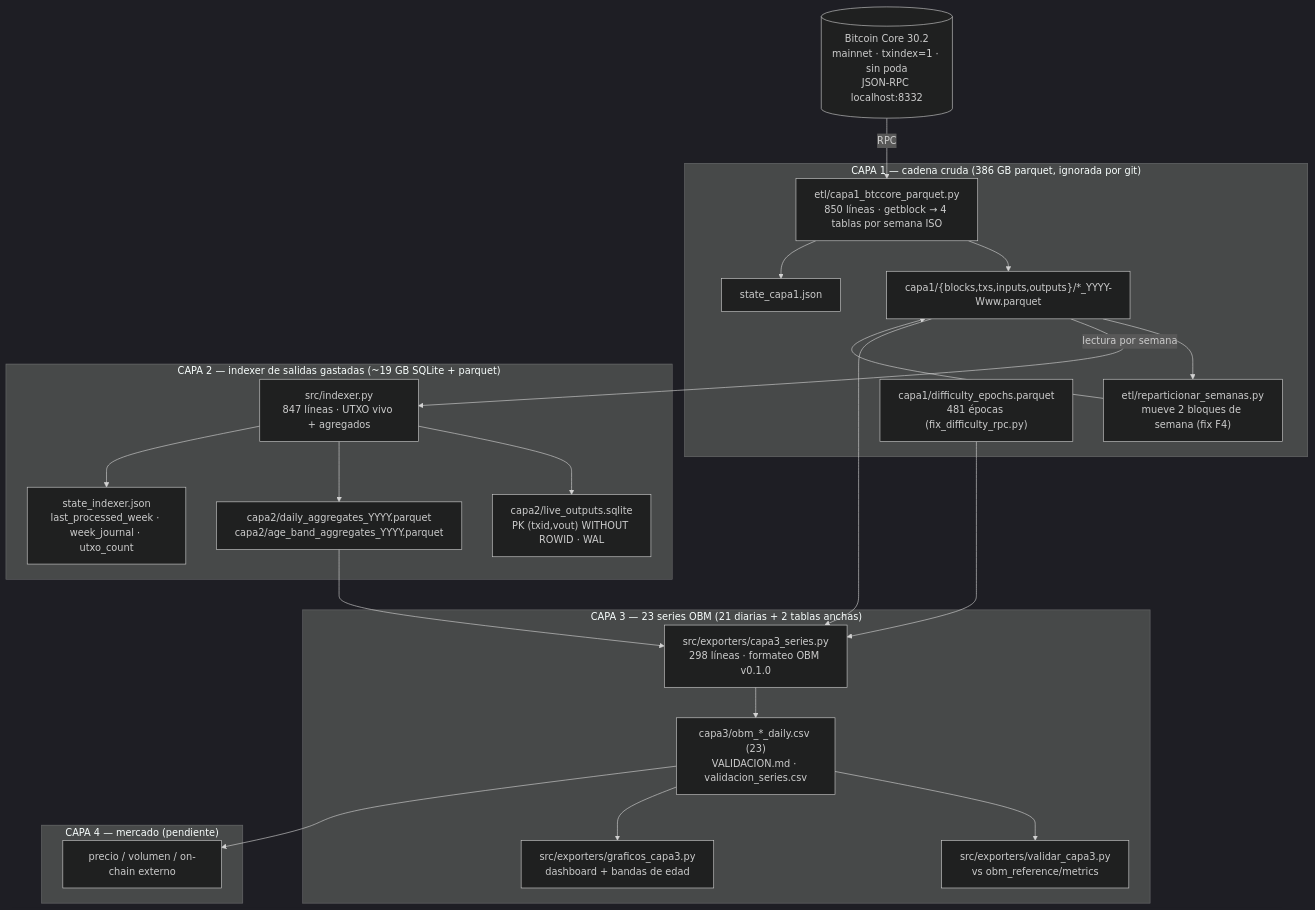
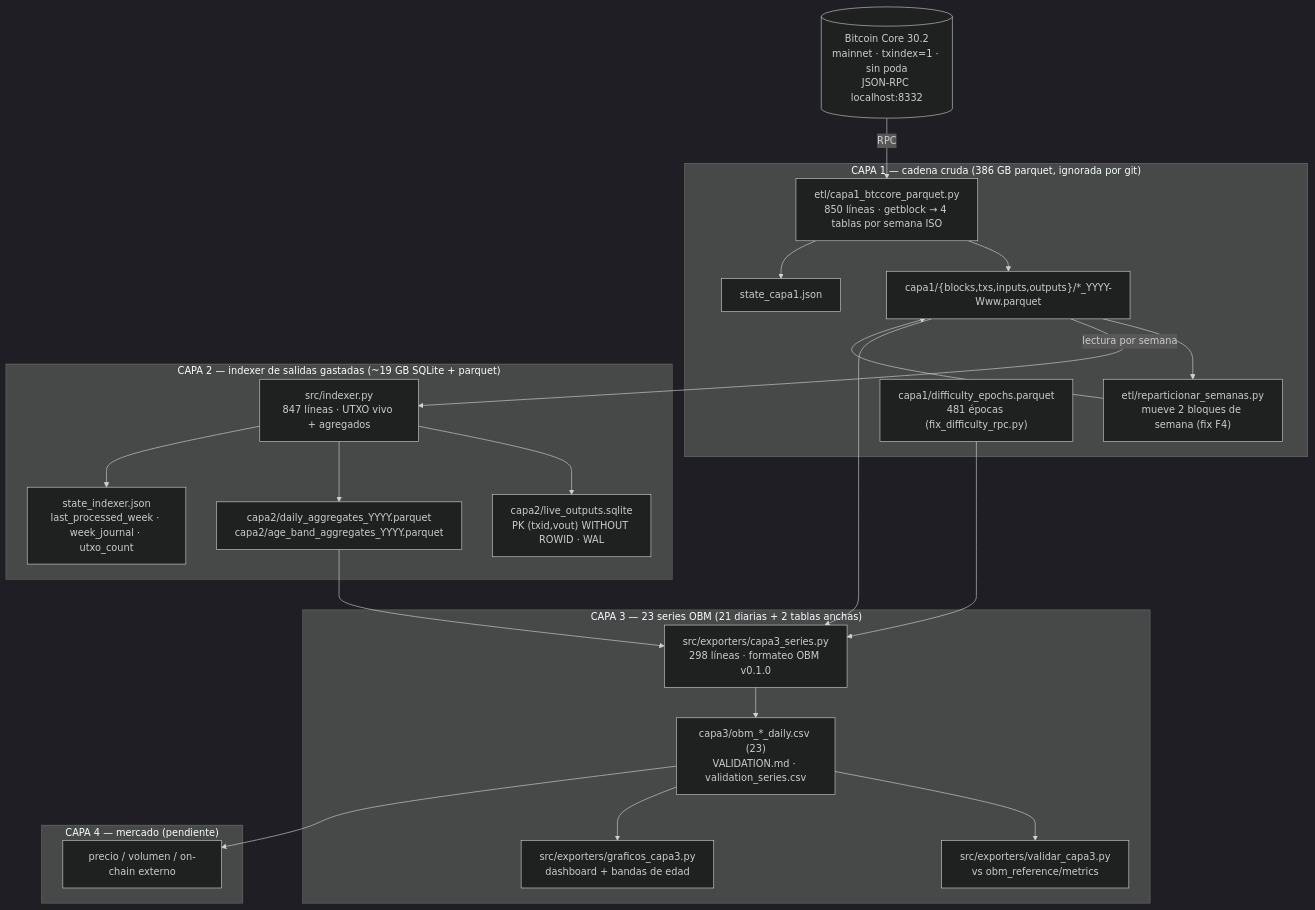
The diagram in docs/MAPA_CODIGO.md (byron92m-stack/full_bitcoin_node), drawn with Mermaid (dark theme) before and after one commit. The commit also changed other lines of this file and 24 other files, not shown here.

````diff
--- a/docs/MAPA_CODIGO.md
+++ b/docs/MAPA_CODIGO.md
@@ -10,46 +10,46 @@
 ```mermaid
 flowchart TD
     NODE[("Bitcoin Core 30.2<br/>mainnet · txindex=1 · sin poda<br/>JSON-RPC localhost:8332")]
 
     subgraph L1["CAPA 1 — cadena cruda (386 GB parquet, ignorada por git)"]
         ETL["etl/capa1_btccore_parquet.py<br/>850 líneas · getblock → 4 tablas por semana ISO"]
         REPART["etl/reparticionar_semanas.py<br/>mueve 2 bloques de semana (fix F4)"]
         C1D["capa1/{blocks,txs,inputs,outputs}/*_YYYY-Www.parquet"]
         C1E["capa1/difficulty_epochs.parquet<br/>481 épocas (fix_difficulty_rpc.py)"]
         ST1["state_capa1.json"]
     end
 
     subgraph L2["CAPA 2 — indexer de salidas gastadas (~19 GB SQLite + parquet)"]
         IDX["src/indexer.py<br/>847 líneas · UTXO vivo + agregados"]
         DB["capa2/live_outputs.sqlite<br/>PK (txid,vout) WITHOUT ROWID · WAL"]
         AGG["capa2/daily_aggregates_YYYY.parquet<br/>capa2/age_band_aggregates_YYYY.parquet"]
         ST2["state_indexer.json<br/>last_processed_week · week_journal · utxo_count"]
     end
 
     subgraph L3["CAPA 3 — 23 series OBM (21 diarias + 2 tablas anchas)"]
         EXP["src/exporters/capa3_series.py<br/>298 líneas · formateo OBM v0.1.0"]
         VAL["src/exporters/validar_capa3.py<br/>vs obm_reference/metrics"]
         GRAF["src/exporters/graficos_capa3.py<br/>dashboard + bandas de edad"]
-        C3["capa3/obm_*_daily.csv (23)<br/>VALIDACION.md · validacion_series.csv"]
+        C3["capa3/obm_*_daily.csv (23)<br/>VALIDATION.md · validation_series.csv"]
     end
 
     subgraph L4["CAPA 4 — mercado (pendiente)"]
         MKT["precio / volumen / on-chain externo"]
     end
 
     NODE -->|RPC| ETL
     ETL --> C1D
     ETL --> ST1
     C1D --> REPART --> C1D
     C1D -->|"lectura por semana"| IDX
     IDX --> DB
     IDX --> AGG
     IDX --> ST2
     C1D --> EXP
     AGG --> EXP
     C1E --> EXP
     EXP --> C3
     C3 --> VAL
     C3 --> GRAF
     C3 --> MKT
 ```
````
